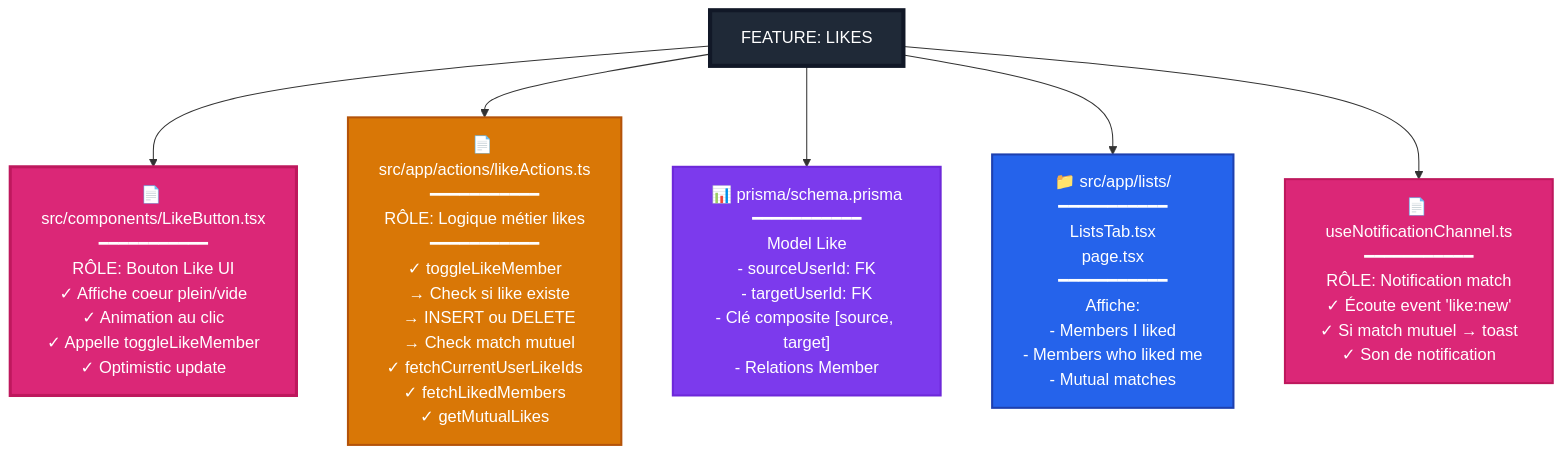
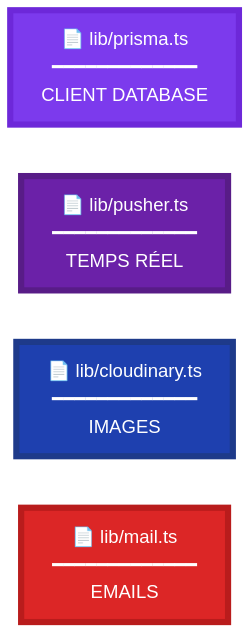
One commit to inskillflow/next-auth-demo-2-match changed diagram 34 of 36 in documentation/17-arborescence-fichiers-roles.md. Above: the diagram before and after it, drawn with Mermaid. The commit also changed other lines of this file, not shown here.

````diff
--- a/documentation/17-arborescence-fichiers-roles.md
+++ b/documentation/17-arborescence-fichiers-roles.md
@@ -674,21 +663,12 @@
 ```mermaid
-flowchart TD
-    FEATURE_LIKE["FEATURE: LIKES"]
+flowchart LR
+    PRISMA_L["📄 lib/prisma.ts<br/>━━━━━━━━━━━━━<br/>CLIENT DATABASE"]
+    PUSHER_L["📄 lib/pusher.ts<br/>━━━━━━━━━━━━━<br/>TEMPS RÉEL"]
+    CLOUD_L["📄 lib/cloudinary.ts<br/>━━━━━━━━━━━━━<br/>IMAGES"]
+    MAIL_L["📄 lib/mail.ts<br/>━━━━━━━━━━━━━<br/>EMAILS"]
     
-    FEATURE_LIKE --> LIKE_BTN_C["📄 src/components/LikeButton.tsx<br/>━━━━━━━━━━━<br/>RÔLE: Bouton Like UI<br/>✓ Affiche coeur plein/vide<br/>✓ Animation au clic<br/>✓ Appelle toggleLikeMember<br/>✓ Optimistic update"]
-    
-    FEATURE_LIKE --> LIKE_ACT["📄 src/app/actions/likeActions.ts<br/>━━━━━━━━━━━<br/>RÔLE: Logique métier likes<br/>━━━━━━━━━━━<br/>✓ toggleLikeMember<br/>  → Check si like existe<br/>  → INSERT ou DELETE<br/>  → Check match mutuel<br/>✓ fetchCurrentUserLikeIds<br/>✓ fetchLikedMembers<br/>✓ getMutualLikes"]
-    
-    FEATURE_LIKE --> LIKE_MODEL["📊 prisma/schema.prisma<br/>━━━━━━━━━━━<br/>Model Like<br/>- sourceUserId: FK<br/>- targetUserId: FK<br/>- Clé composite [source, target]<br/>- Relations Member"]
-    
-    FEATURE_LIKE --> LISTS_PAGE["📁 src/app/lists/<br/>━━━━━━━━━━━<br/>ListsTab.tsx<br/>page.tsx<br/>━━━━━━━━━━━<br/>Affiche:<br/>- Members I liked<br/>- Members who liked me<br/>- Mutual matches"]
-    
-    FEATURE_LIKE --> NOTIF_MATCH["📄 useNotificationChannel.ts<br/>━━━━━━━━━━━<br/>RÔLE: Notification match<br/>✓ Écoute event 'like:new'<br/>✓ Si match mutuel → toast<br/>✓ Son de notification"]
-    
-    style FEATURE_LIKE fill:#1f2937,stroke:#111827,stroke-width:4px,color:#fff
-    style LIKE_BTN_C fill:#db2777,stroke:#be185d,stroke-width:3px,color:#fff
-    style LIKE_ACT fill:#d97706,stroke:#b45309,stroke-width:2px,color:#fff
-    style LIKE_MODEL fill:#7c3aed,stroke:#6d28d9,stroke-width:2px,color:#fff
-    style LISTS_PAGE fill:#2563eb,stroke:#1e40af,stroke-width:2px,color:#fff
-    style NOTIF_MATCH fill:#db2777,stroke:#be185d,stroke-width:2px,color:#fff
+    style PRISMA_L fill:#7c3aed,stroke:#6d28d9,stroke-width:6px,color:#fff,font-size:18px
+    style PUSHER_L fill:#6b21a8,stroke:#581c87,stroke-width:6px,color:#fff,font-size:18px
+    style CLOUD_L fill:#1e40af,stroke:#1e3a8a,stroke-width:6px,color:#fff,font-size:18px
+    style MAIL_L fill:#dc2626,stroke:#b91c1c,stroke-width:6px,color:#fff,font-size:18px
 ```
````
